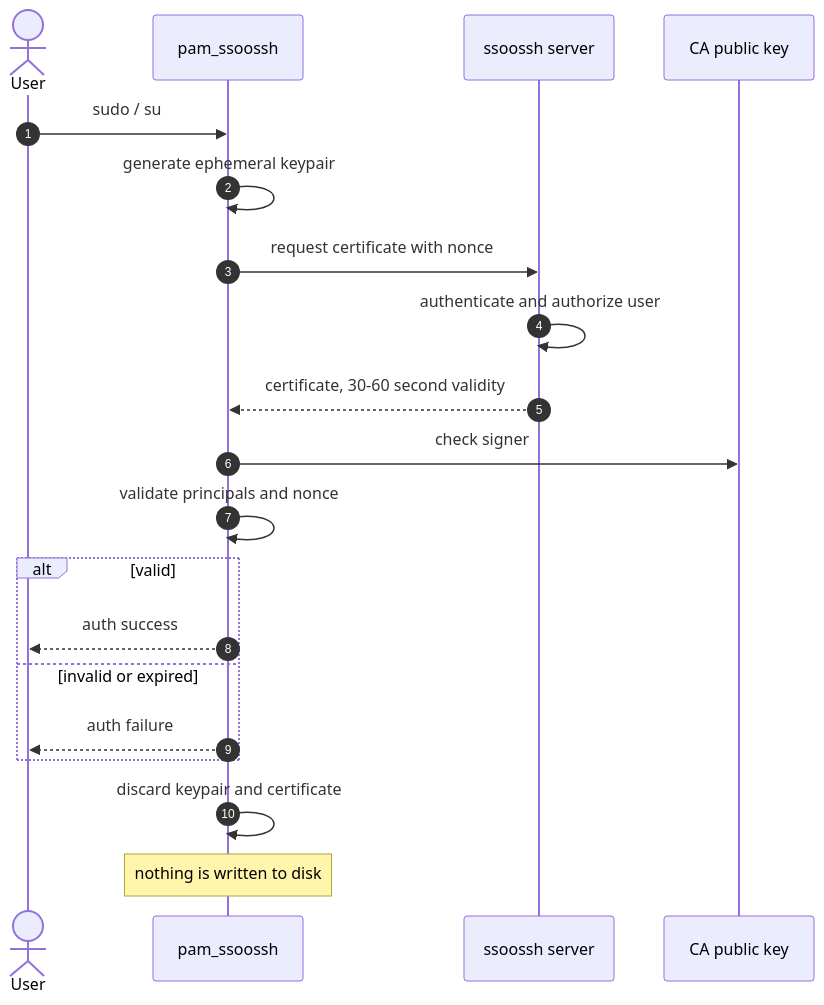
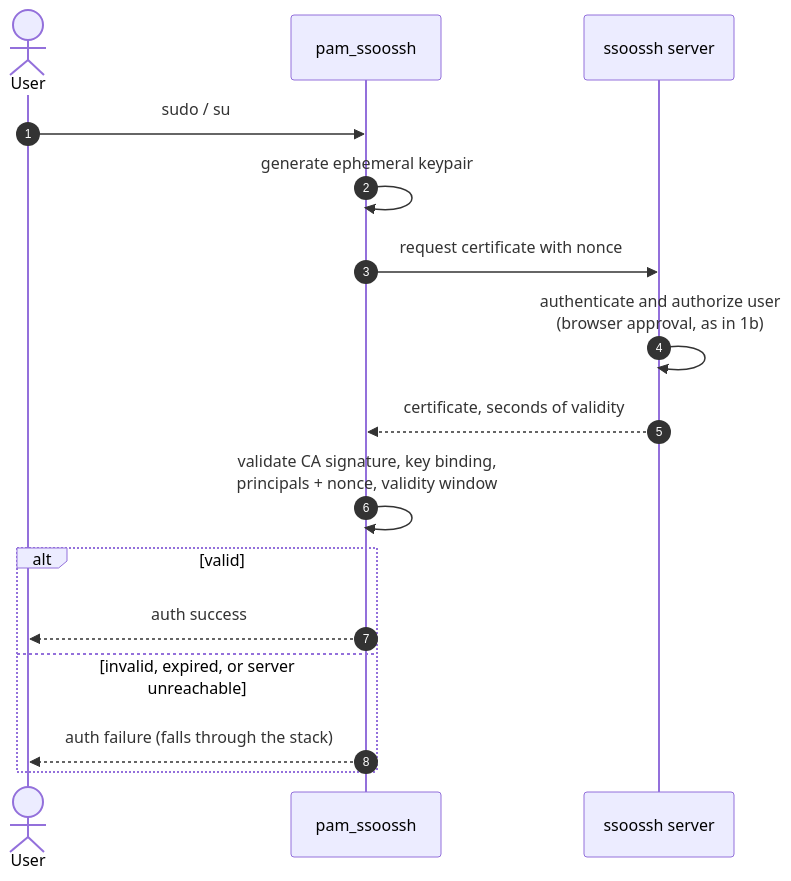
One commit to mnestor/ssoossh changed the tenth of 11 diagrams in docs/flows.md. Above: the diagram before and after it, drawn with Mermaid. The commit also changed other lines of this file and 81 other files, not shown here.

````diff
--- a/docs/flows.md
+++ b/docs/flows.md
@@ -273,23 +241,19 @@
 ```mermaid
 sequenceDiagram
     autonumber
     actor User
     participant PAM as pam_ssoossh
     participant Server as ssoossh server
-    participant CA as CA public key
 
     User->>PAM: sudo / su
     PAM->>PAM: generate ephemeral keypair
     PAM->>Server: request certificate with nonce
-    Server->>Server: authenticate and authorize user
-    Server-->>PAM: certificate, 30-60 second validity
-    PAM->>CA: check signer
-    PAM->>PAM: validate principals and nonce
+    Server->>Server: authenticate and authorize user<br/>(browser approval, as in 1b)
+    Server-->>PAM: certificate, seconds of validity
+    PAM->>PAM: validate CA signature, key binding,<br/>principals + nonce, validity window
     alt valid
         PAM-->>User: auth success
-    else invalid or expired
-        PAM-->>User: auth failure
+    else invalid, expired, or server unreachable
+        PAM-->>User: auth failure (falls through the stack)
     end
-    PAM->>PAM: discard keypair and certificate
-    Note over PAM: nothing is written to disk
 ```
````
